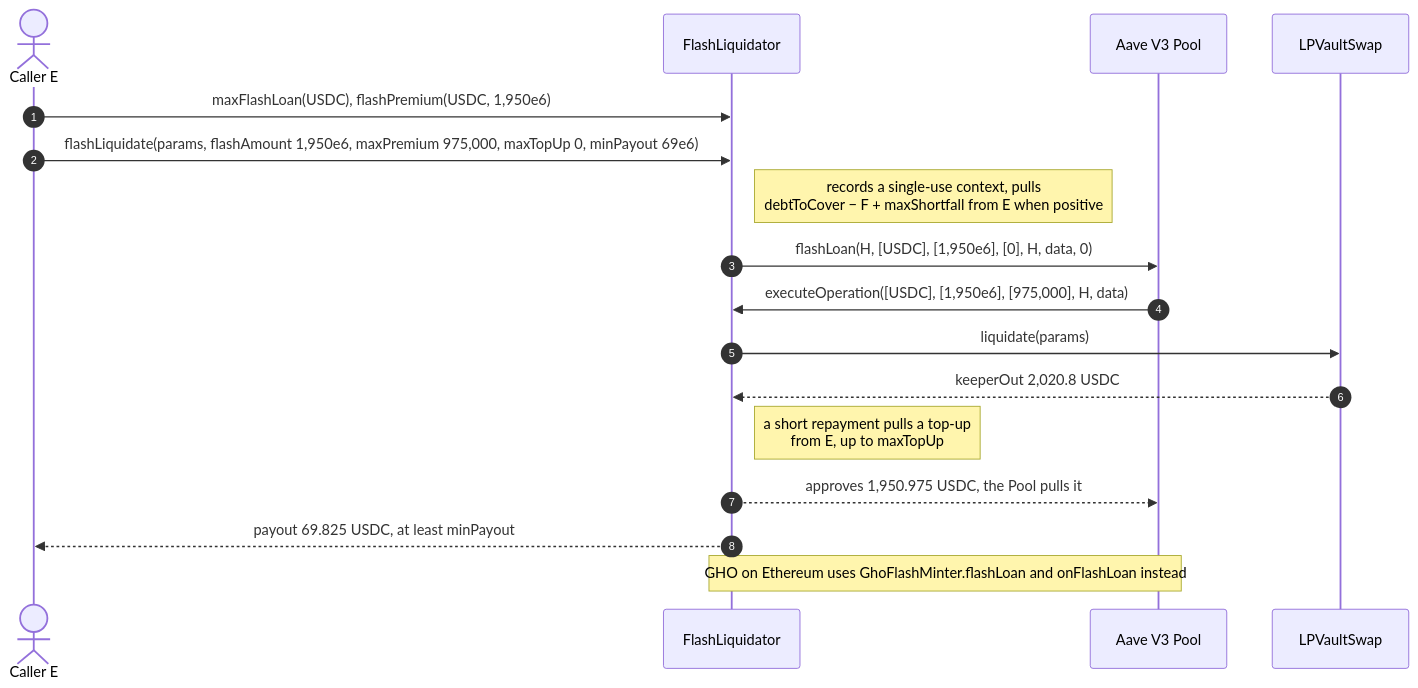
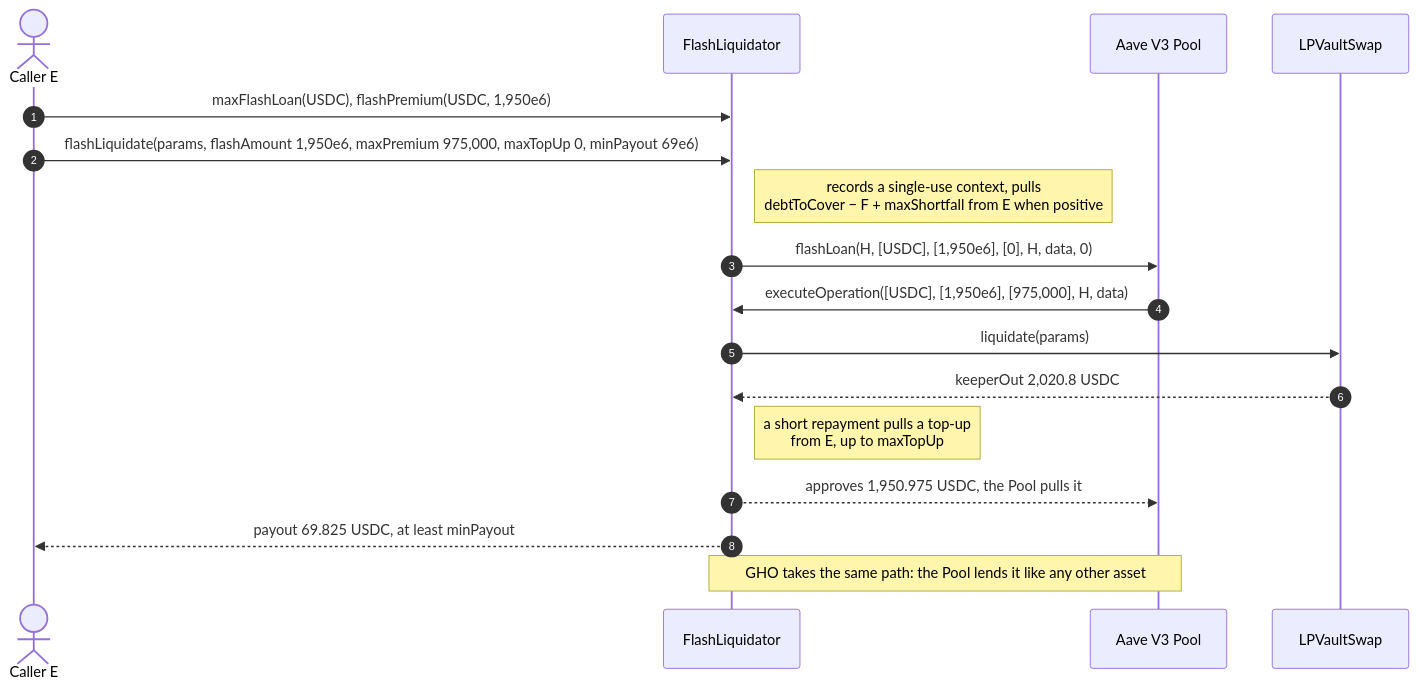
Before and after one commit to Avana-Labs/avana-monorepo: the diagram in contracts/src/periphery/flash-liquidator/LIFECYCLE.md, drawn with Mermaid. The commit also changed other lines of this file and 45 other files, not shown here.

First line of the commit message:
Flash liquidation helper: every debt asset from the Aave V3 Pool

````diff
--- a/contracts/src/periphery/flash-liquidator/LIFECYCLE.md
+++ b/contracts/src/periphery/flash-liquidator/LIFECYCLE.md
@@ -5,19 +5,19 @@
 ```mermaid
 sequenceDiagram
   autonumber
   actor E as Caller E
   participant H as FlashLiquidator
   participant PL as Aave V3 Pool
   participant SW as LPVaultSwap
   E->>H: maxFlashLoan(USDC), flashPremium(USDC, 1,950e6)
   E->>H: flashLiquidate(params, flashAmount 1,950e6, maxPremium 975,000, maxTopUp 0, minPayout 69e6)
   Note right of H: records a single-use context, pulls<br/>debtToCover − F + maxShortfall from E when positive
   H->>PL: flashLoan(H, [USDC], [1,950e6], [0], H, data, 0)
   PL->>H: executeOperation([USDC], [1,950e6], [975,000], H, data)
   H->>SW: liquidate(params)
   SW-->>H: keeperOut 2,020.8 USDC
   Note right of H: a short repayment pulls a top-up<br/>from E, up to maxTopUp
   H-->>PL: approves 1,950.975 USDC, the Pool pulls it
   H-->>E: payout 69.825 USDC, at least minPayout
-  Note over H,PL: GHO on Ethereum uses GhoFlashMinter.flashLoan and onFlashLoan instead
+  Note over H,PL: GHO takes the same path: the Pool lends it like any other asset
 ```
````
